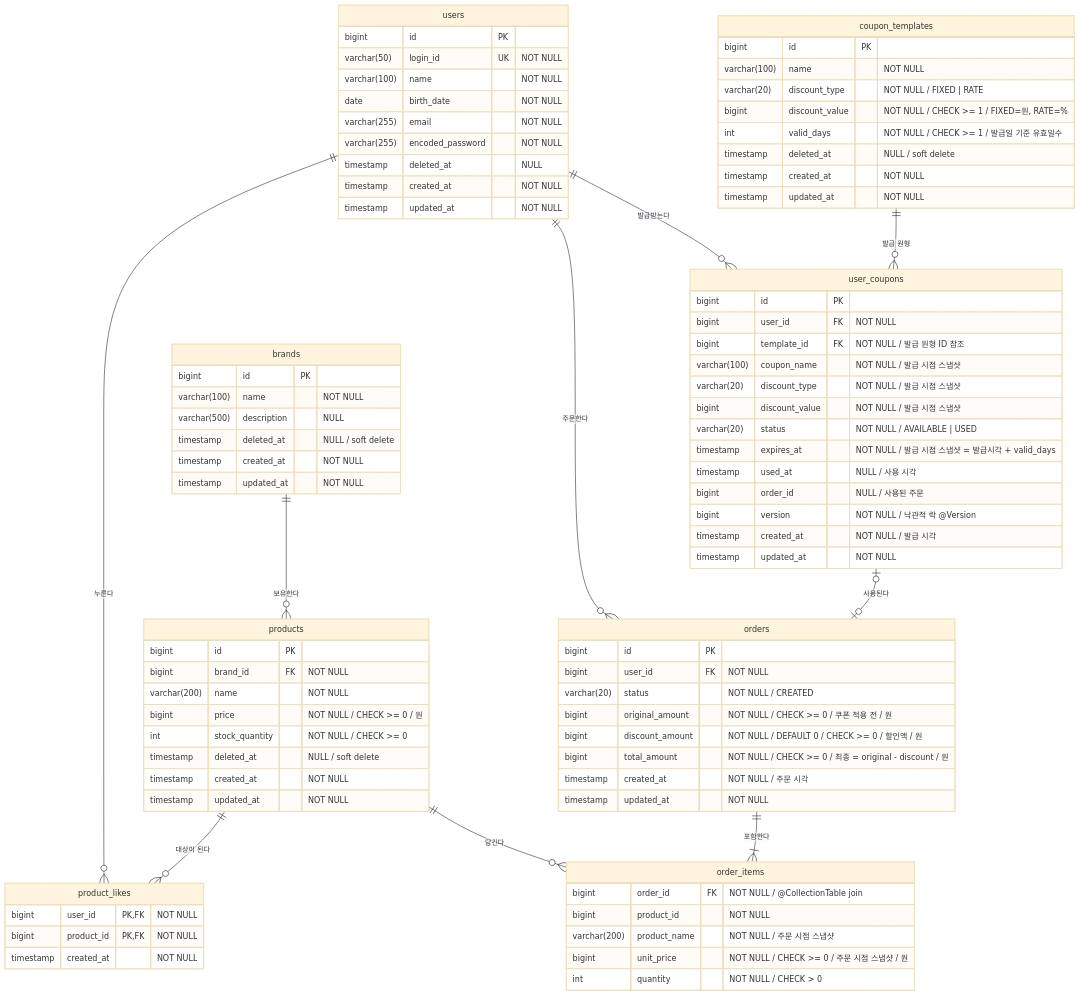
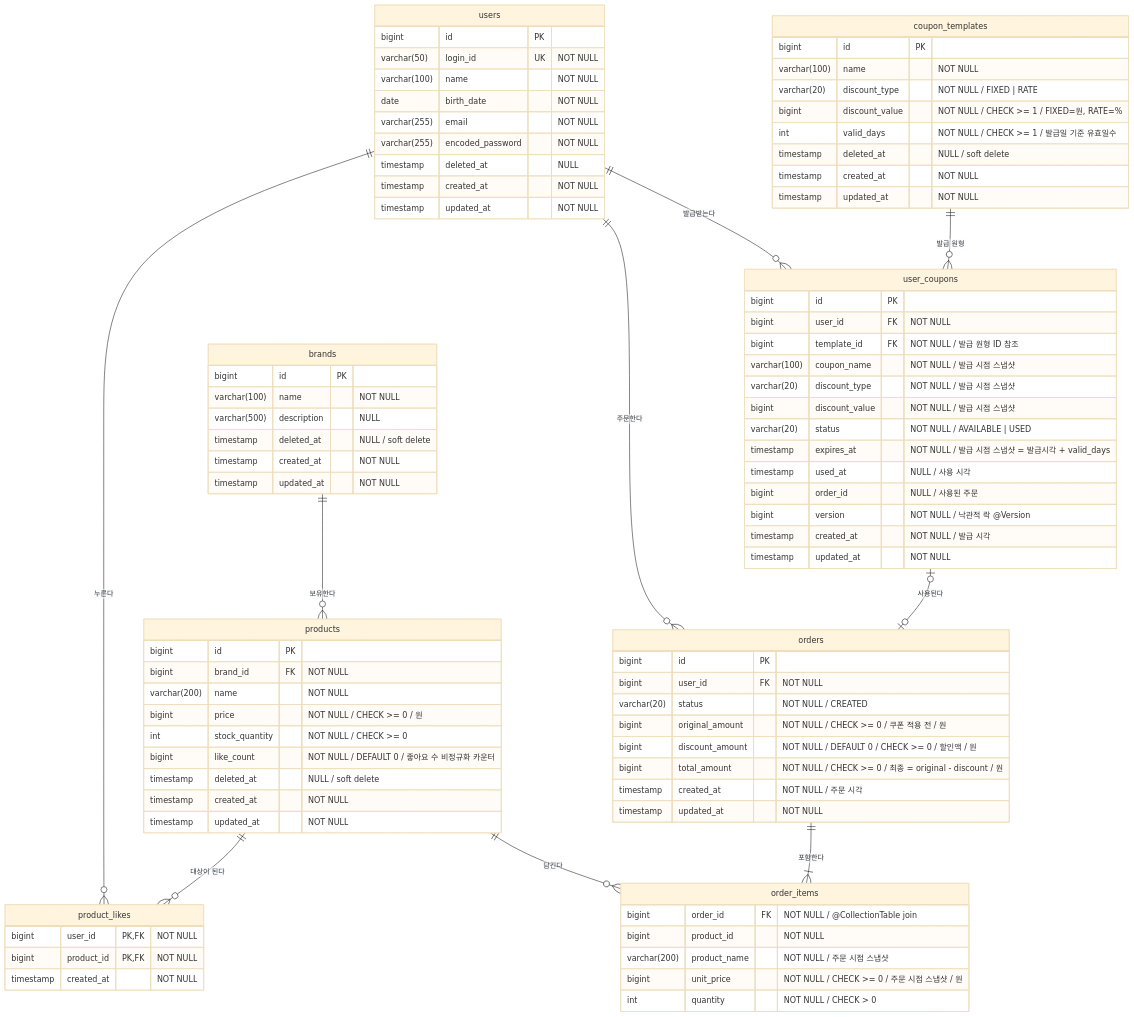
The diagram in docs/week2/04-erd.md (loopers-labs/loop-pack-be-l2-vol4-java), drawn with Mermaid (base theme) before and after one commit. The commit also changed other lines of this file and 3 other files, not shown here.

Commit message:
docs: 좋아요 수 동시성(비정규화 카운터) 설계 반영

```diff
--- a/docs/week2/04-erd.md
+++ b/docs/week2/04-erd.md
@@ -41,6 +41,7 @@
         varchar(200) name "NOT NULL"
         bigint price "NOT NULL / CHECK >= 0 / 원"
         int stock_quantity "NOT NULL / CHECK >= 0"
+        bigint like_count "NOT NULL / DEFAULT 0 / 좋아요 수 비정규화 카운터"
         timestamp deleted_at "NULL / soft delete"
         timestamp created_at "NOT NULL"
         timestamp updated_at "NOT NULL"
```
